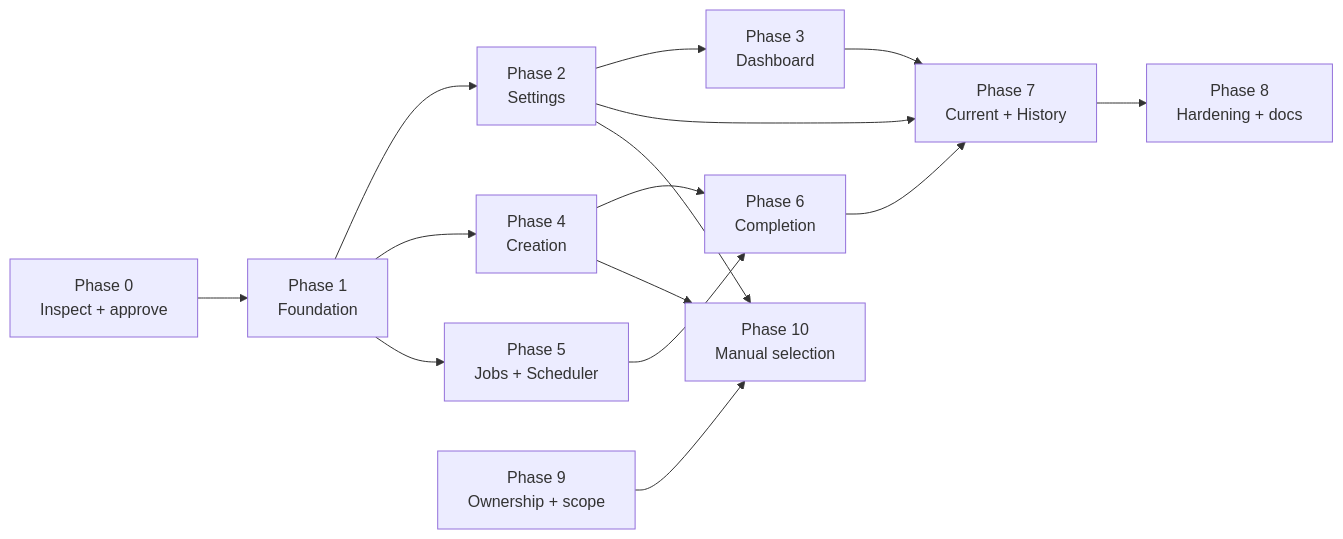
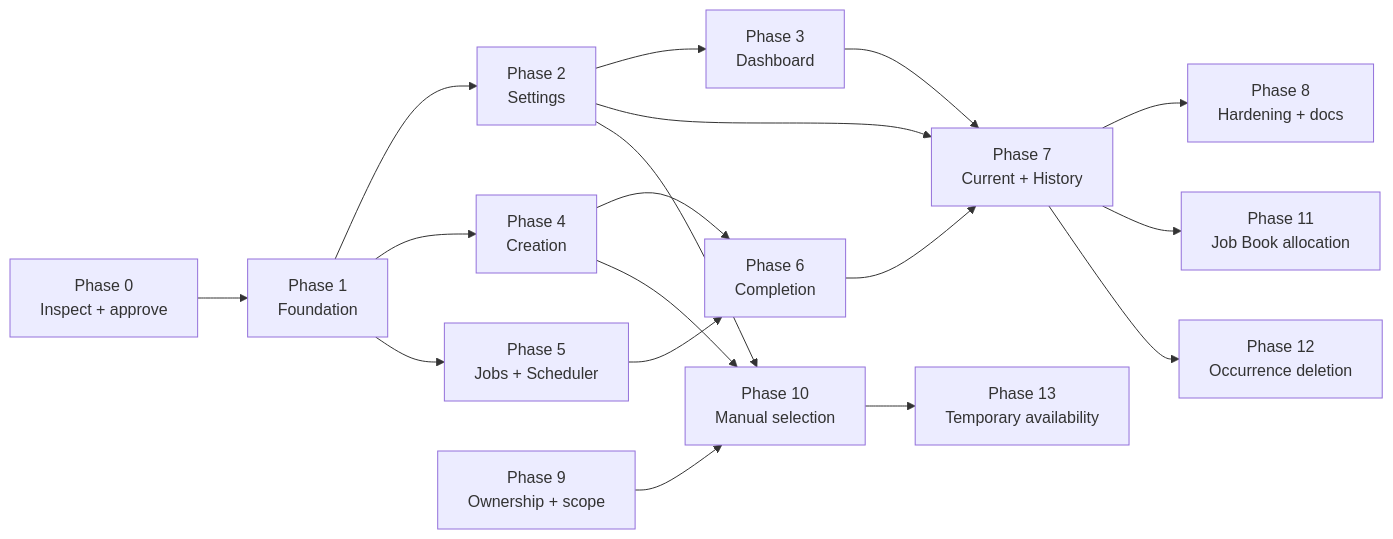
The fifth of 5 diagrams in docs/features/SITE_CHECKS_IMPLEMENTATION_PLAN.md (robsongeor/service-operations), drawn with Mermaid before and after one commit. The commit also changed other lines of this file and 30 other files, not shown here.

````diff
--- a/docs/features/SITE_CHECKS_IMPLEMENTATION_PLAN.md
+++ b/docs/features/SITE_CHECKS_IMPLEMENTATION_PLAN.md
@@ -1302,17 +1414,20 @@
 ```mermaid
 flowchart LR
     P0["Phase 0<br/>Inspect + approve"] --> P1["Phase 1<br/>Foundation"]
     P1 --> P2["Phase 2<br/>Settings"]
     P1 --> P4["Phase 4<br/>Creation"]
     P2 --> P3["Phase 3<br/>Dashboard"]
     P1 --> P5["Phase 5<br/>Jobs + Scheduler"]
     P4 --> P6["Phase 6<br/>Completion"]
     P5 --> P6
     P3 --> P7["Phase 7<br/>Current + History"]
     P6 --> P7
     P2 --> P7
     P7 --> P8["Phase 8<br/>Hardening + docs"]
     P9["Phase 9<br/>Ownership + scope"] --> P10["Phase 10<br/>Manual selection"]
     P2 --> P10
     P4 --> P10
+    P7 --> P11["Phase 11<br/>Job Book allocation"]
+    P7 --> P12["Phase 12<br/>Occurrence deletion"]
+    P10 --> P13["Phase 13<br/>Temporary availability"]
 ```
````
